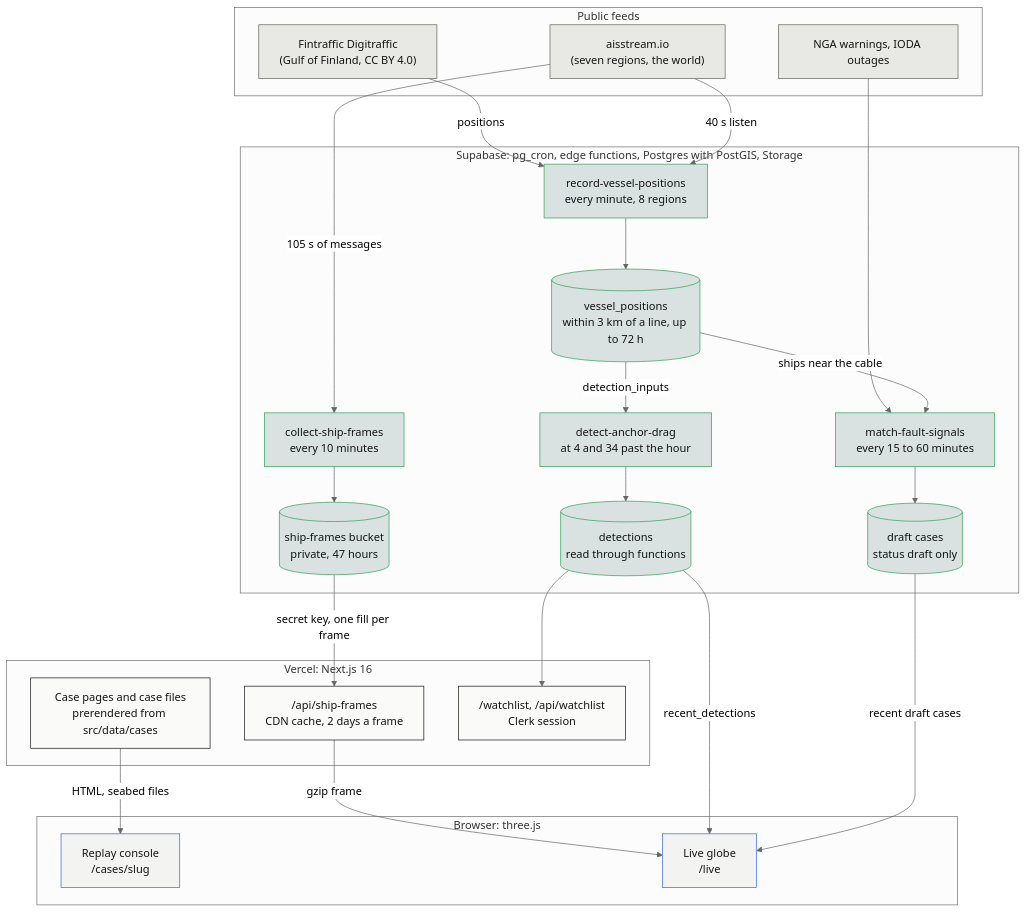
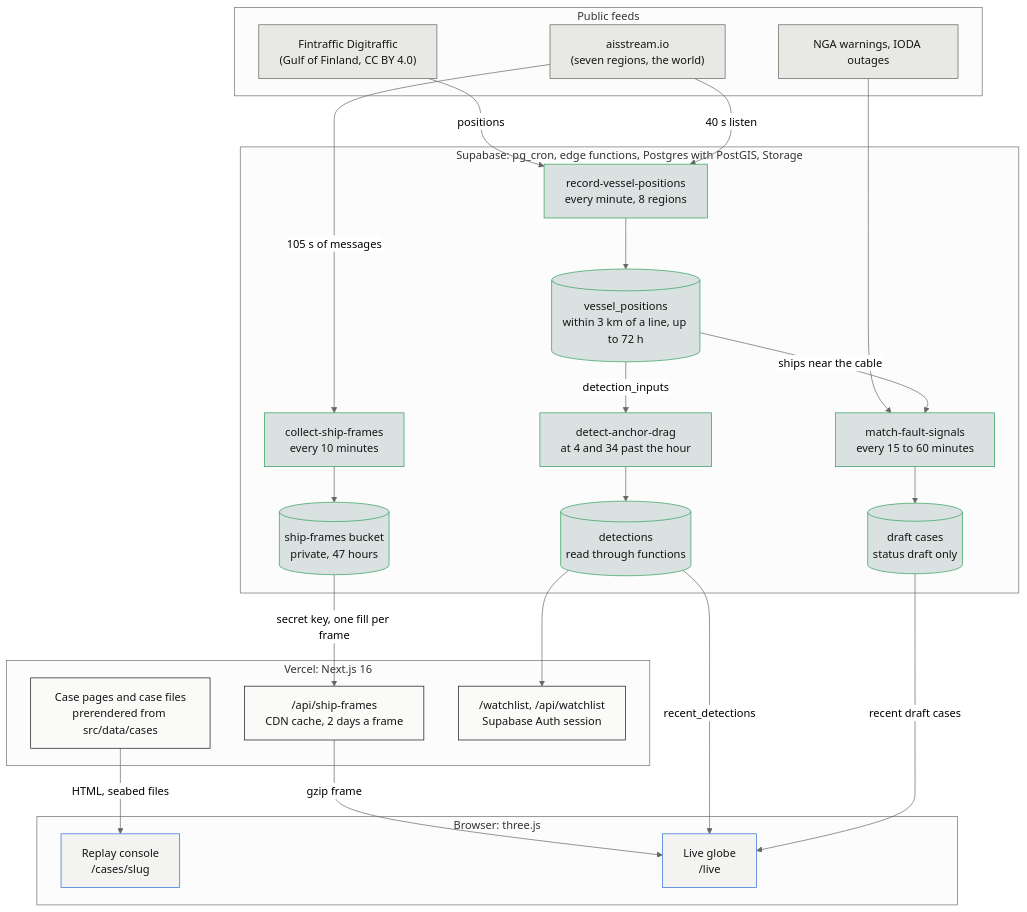
The diagram in README.md (Andy00L/cabletrace), drawn with Mermaid (neutral theme) before and after one commit. The commit also changed other lines of this file and 69 other files, not shown here.

First line of the commit message:
Sign in with Supabase email and password instead of Clerk

````diff
--- a/README.md
+++ b/README.md
@@ -82,46 +82,46 @@
 ```mermaid
 flowchart TD
     subgraph feeds["Public feeds"]
         digitraffic["Fintraffic Digitraffic<br>(Gulf of Finland, CC BY 4.0)"]
         aisstream["aisstream.io<br>(seven regions, the world)"]
         faultFeeds["NGA warnings, IODA outages"]
     end
     subgraph supabase["Supabase: pg_cron, edge functions, Postgres with PostGIS, Storage"]
         recorder["record-vessel-positions<br>every minute, 8 regions"]
         positions[("vessel_positions<br>within 3 km of a line, up to 72 h")]
         detector["detect-anchor-drag<br>at 4 and 34 past the hour"]
         detections[("detections<br>read through functions")]
         matcher["match-fault-signals<br>every 15 to 60 minutes"]
         drafts[("draft cases<br>status draft only")]
         collector["collect-ship-frames<br>every 10 minutes"]
         frames[("ship-frames bucket<br>private, 47 hours")]
     end
     subgraph vercel["Vercel: Next.js 16"]
         cases["Case pages and case files<br>prerendered from src/data/cases"]
         frameRoute["/api/ship-frames<br>CDN cache, 2 days a frame"]
-        watchRoute["/watchlist, /api/watchlist<br>Clerk session"]
+        watchRoute["/watchlist, /api/watchlist<br>Supabase Auth session"]
     end
     subgraph browser["Browser: three.js"]
         replay["Replay console<br>/cases/slug"]
         globe["Live globe<br>/live"]
     end
     digitraffic -->|"positions"| recorder
     aisstream -->|"40 s listen"| recorder --> positions
     positions -->|"detection_inputs"| detector --> detections
     faultFeeds --> matcher --> drafts
     positions -->|"ships near the cable"| matcher
     aisstream -->|"105 s of messages"| collector --> frames
     frames -->|"secret key, one fill per frame"| frameRoute -->|"gzip frame"| globe
     detections -->|"recent_detections"| globe
     drafts -->|"recent draft cases"| globe
     detections --> watchRoute
     cases -->|"HTML, seabed files"| replay
     classDef feedSide fill:#E8E8E5,stroke:#62625D,color:#141414
     classDef dataSide fill:#DAE2E1,stroke:#2E9E5B,color:#141414
     classDef siteSide fill:#FAFAF8,stroke:#141414,color:#141414
     classDef browserSide fill:#F3F3F1,stroke:#2F6BD8,color:#141414
     class digitraffic,aisstream,faultFeeds feedSide
     class recorder,positions,detector,detections,matcher,drafts,collector,frames dataSide
     class cases,frameRoute,watchRoute siteSide
     class replay,globe browserSide
 ```
````
